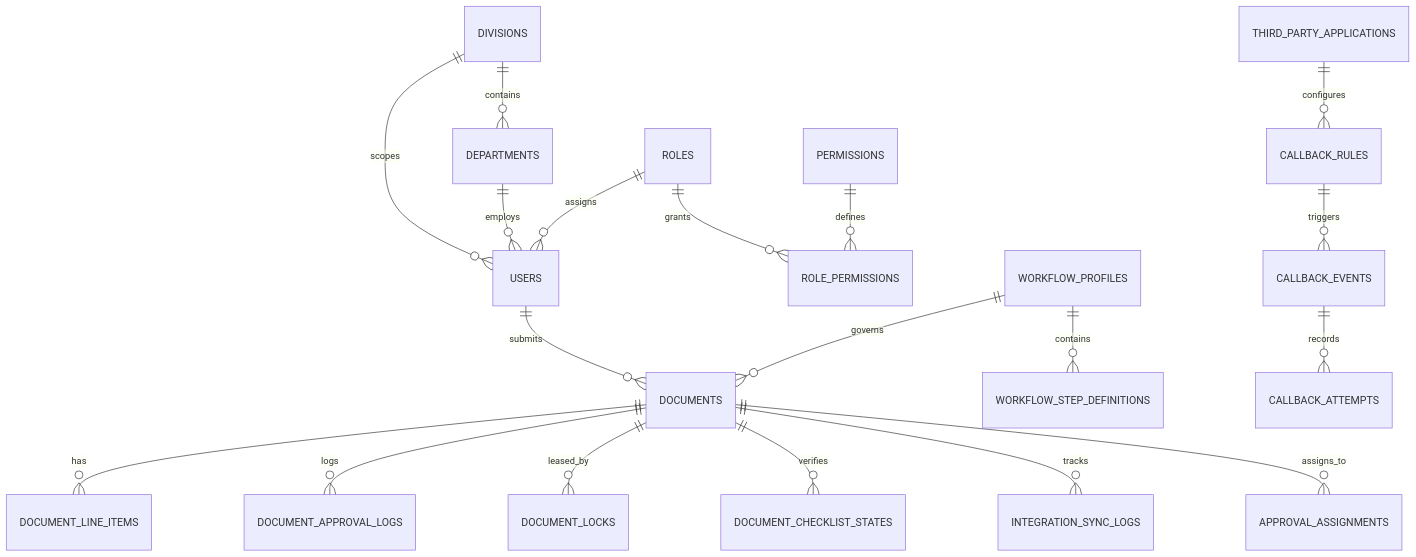
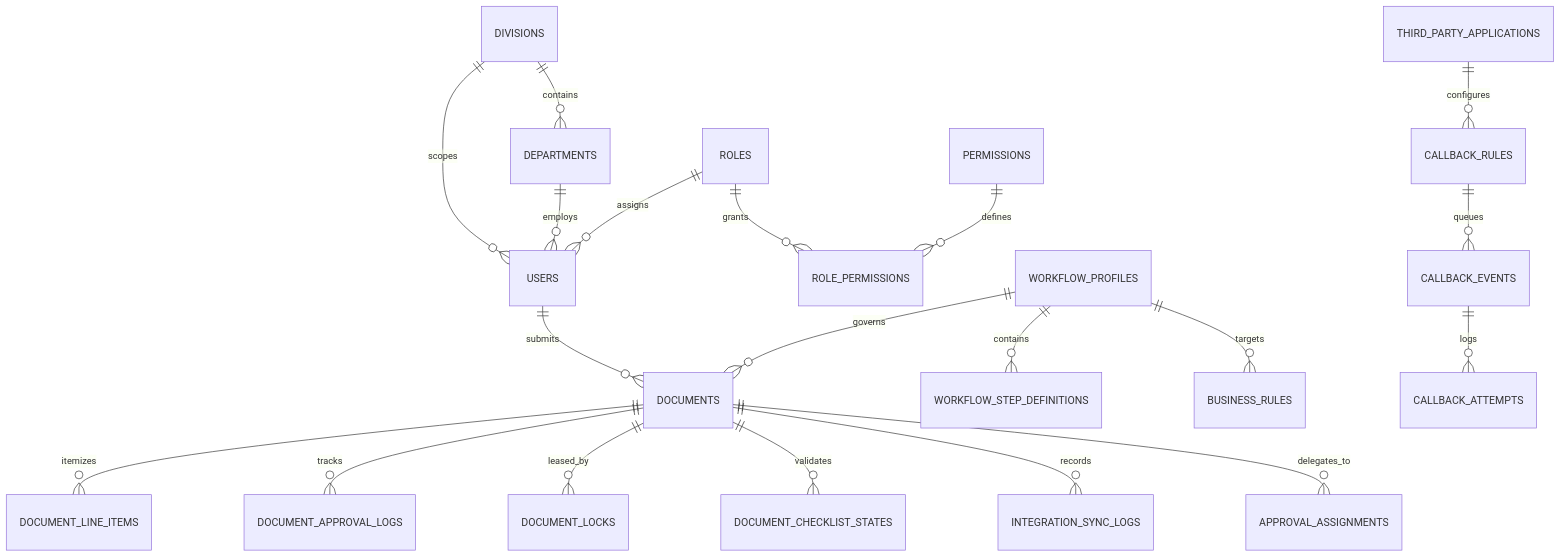
One commit to Harita2005/docuflow-automation changed the sixth of 7 diagrams in docs/DocuFlow_Technical_Documentation.md. Above: the diagram before and after it, drawn with Mermaid. The commit also changed other lines of this file and 39 other files, not shown here.

Commit message:
fix(security & auth): resolve audit issues, implement 4-option login flow, fix upload and rbac bugs

````diff
--- a/docs/DocuFlow_Technical_Documentation.md
+++ b/docs/DocuFlow_Technical_Documentation.md
@@ -605,24 +596,25 @@
 ```mermaid
 erDiagram
-    DIVISIONS ||--o{ DEPARTMENTS : "contains"
-    DIVISIONS ||--o{ USERS : "scopes"
-    DEPARTMENTS ||--o{ USERS : "employs"
-    ROLES ||--o{ USERS : "assigns"
-    ROLES ||--o{ ROLE_PERMISSIONS : "grants"
-    PERMISSIONS ||--o{ ROLE_PERMISSIONS : "defines"
+    DIVISIONS ||--o{ DEPARTMENTS : contains
+    DIVISIONS ||--o{ USERS : scopes
+    DEPARTMENTS ||--o{ USERS : employs
+    ROLES ||--o{ USERS : assigns
+    ROLES ||--o{ ROLE_PERMISSIONS : grants
+    PERMISSIONS ||--o{ ROLE_PERMISSIONS : defines
 
-    USERS ||--o{ DOCUMENTS : "submits"
-    WORKFLOW_PROFILES ||--o{ WORKFLOW_STEP_DEFINITIONS : "contains"
-    WORKFLOW_PROFILES ||--o{ DOCUMENTS : "governs"
+    USERS ||--o{ DOCUMENTS : submits
+    WORKFLOW_PROFILES ||--o{ WORKFLOW_STEP_DEFINITIONS : contains
+    WORKFLOW_PROFILES ||--o{ DOCUMENTS : governs
+    WORKFLOW_PROFILES ||--o{ BUSINESS_RULES : targets
 
-    DOCUMENTS ||--o{ DOCUMENT_LINE_ITEMS : "has"
-    DOCUMENTS ||--o{ DOCUMENT_APPROVAL_LOGS : "logs"
-    DOCUMENTS ||--o{ DOCUMENT_LOCKS : "leased_by"
-    DOCUMENTS ||--o{ DOCUMENT_CHECKLIST_STATES : "verifies"
-    DOCUMENTS ||--o{ INTEGRATION_SYNC_LOGS : "tracks"
-    DOCUMENTS ||--o{ APPROVAL_ASSIGNMENTS : "assigns_to"
+    DOCUMENTS ||--o{ DOCUMENT_LINE_ITEMS : itemizes
+    DOCUMENTS ||--o{ DOCUMENT_APPROVAL_LOGS : tracks
+    DOCUMENTS ||--o{ DOCUMENT_LOCKS : leased_by
+    DOCUMENTS ||--o{ DOCUMENT_CHECKLIST_STATES : validates
+    DOCUMENTS ||--o{ INTEGRATION_SYNC_LOGS : records
+    DOCUMENTS ||--o{ APPROVAL_ASSIGNMENTS : delegates_to
 
-    THIRD_PARTY_APPLICATIONS ||--o{ CALLBACK_RULES : "configures"
-    CALLBACK_RULES ||--o{ CALLBACK_EVENTS : "triggers"
-    CALLBACK_EVENTS ||--o{ CALLBACK_ATTEMPTS : "records"
+    THIRD_PARTY_APPLICATIONS ||--o{ CALLBACK_RULES : configures
+    CALLBACK_RULES ||--o{ CALLBACK_EVENTS : queues
+    CALLBACK_EVENTS ||--o{ CALLBACK_ATTEMPTS : logs
 ```
````
